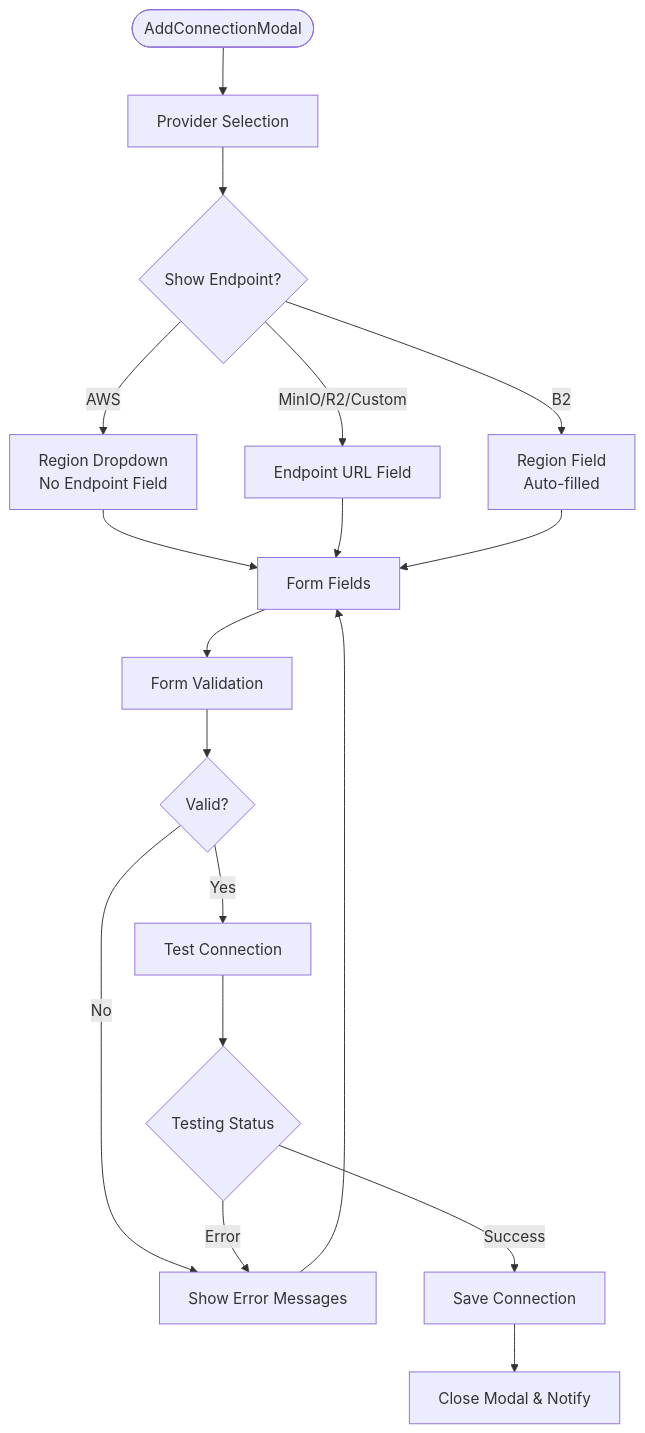
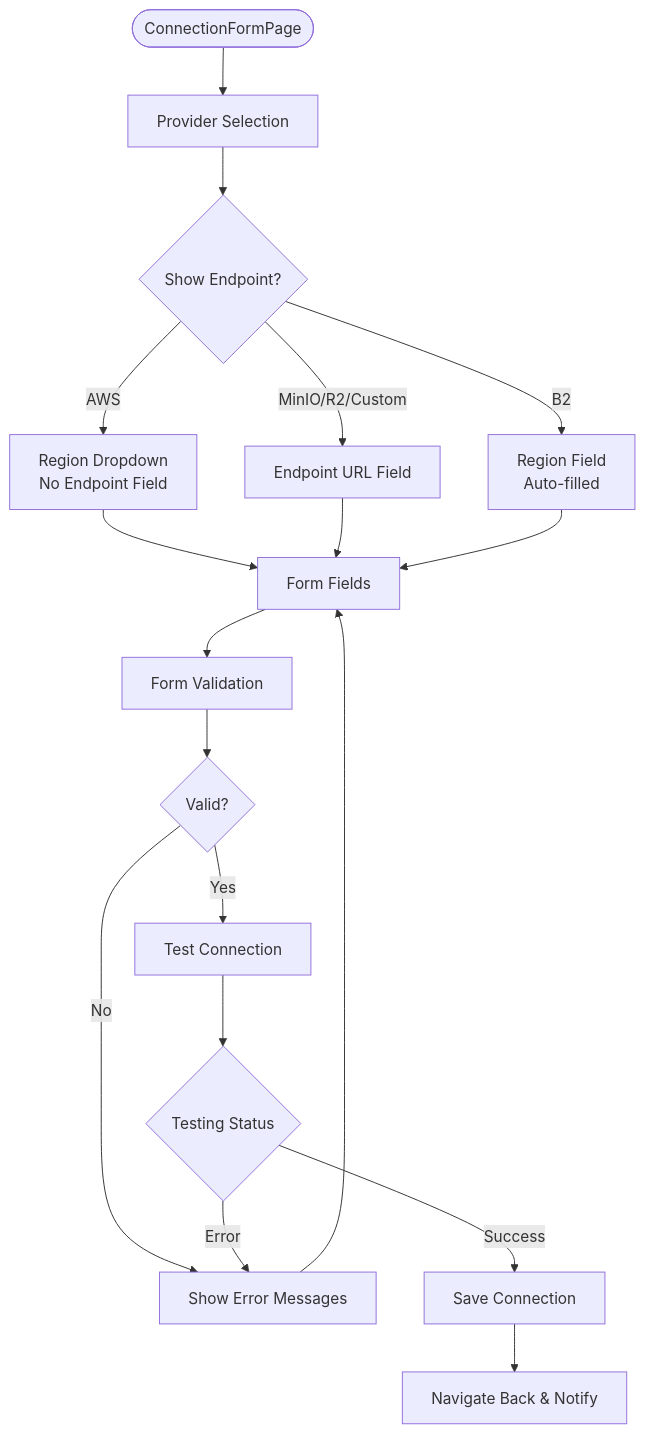
The third of 7 diagrams in .qoder/repowiki/en/content/Core Features/Connection Management.md (nasrulhadi/s3-explorer), drawn with Mermaid before and after one commit. The commit also changed other lines of this file and 26 other files, not shown here.

````diff
--- a/.qoder/repowiki/en/content/Core Features/Connection Management.md
+++ b/.qoder/repowiki/en/content/Core Features/Connection Management.md
@@ -184,20 +185,20 @@
 ```mermaid
 flowchart TD
-Start(["AddConnectionModal"]) --> Providers["Provider Selection"]
+Start(["ConnectionFormPage"]) --> Providers["Provider Selection"]
 Providers --> ConditionalFields{"Show Endpoint?"}
 ConditionalFields --> |AWS| AWSFields["Region Dropdown<br/>No Endpoint Field"]
 ConditionalFields --> |MinIO/R2/Custom| EPFields["Endpoint URL Field"]
 ConditionalFields --> |B2| B2Fields["Region Field<br/>Auto-filled"]
 AWSFields --> Form["Form Fields"]
 EPFields --> Form
 B2Fields --> Form
 Form --> Validate["Form Validation"]
 Validate --> Valid{"Valid?"}
 Valid --> |No| ShowErrors["Show Error Messages"]
 Valid --> |Yes| Test["Test Connection"]
 Test --> TestStatus{"Testing Status"}
 TestStatus --> |Success| Save["Save Connection"]
 TestStatus --> |Error| ShowErrors
 ShowErrors --> Form
-Save --> Close["Close Modal & Notify"]
+Save --> Close["Navigate Back & Notify"]
 ```
````
